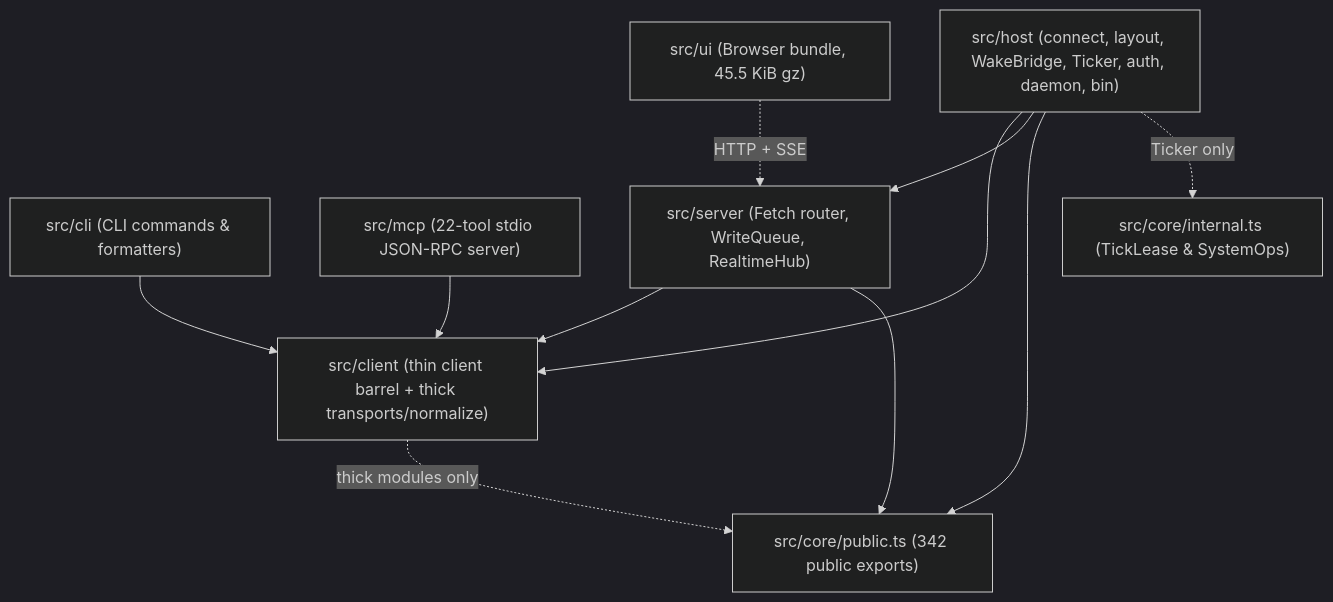
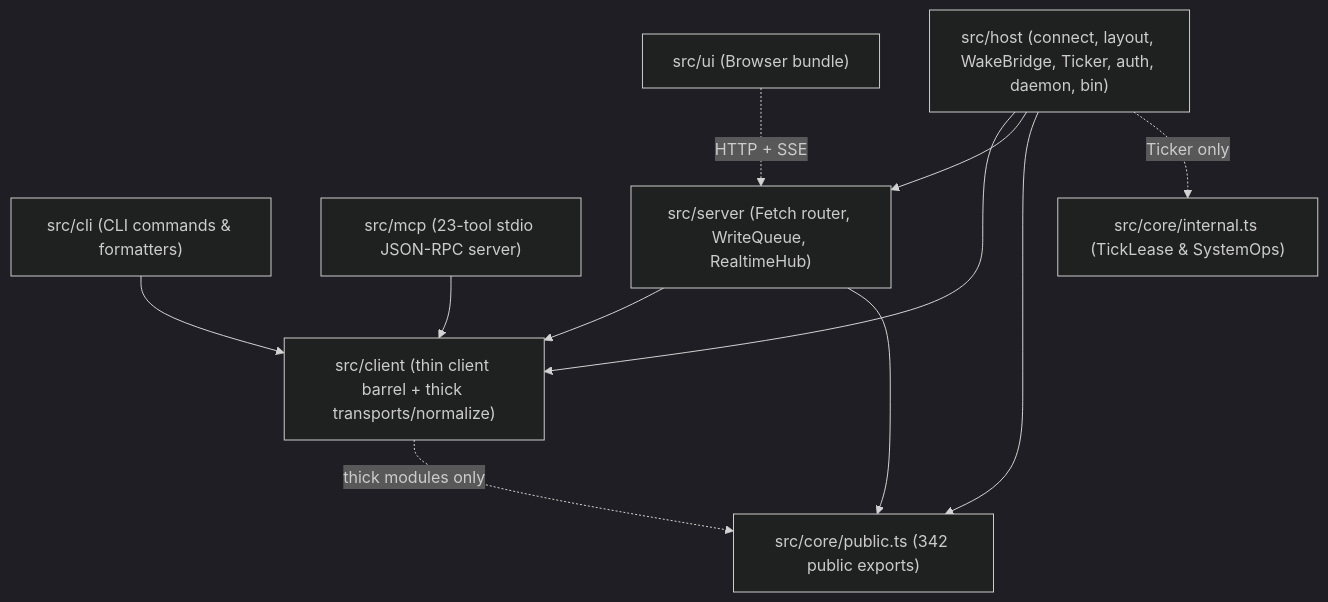
Before and after one commit to andrewr303/swarmboard: the diagram in docs/architecture.md, drawn with Mermaid (dark theme). The commit also changed other lines of this file and 51 other files, not shown here.

````diff
--- a/docs/architecture.md
+++ b/docs/architecture.md
@@ -9,22 +9,22 @@
 ```mermaid
 flowchart TD
-  UI["src/ui (Browser bundle, 45.5 KiB gz)"]
+  UI["src/ui (Browser bundle)"]
   CLI["src/cli (CLI commands & formatters)"]
-  MCP["src/mcp (22-tool stdio JSON-RPC server)"]
+  MCP["src/mcp (23-tool stdio JSON-RPC server)"]
   SRV["src/server (Fetch router, WriteQueue, RealtimeHub)"]
   HOST["src/host (connect, layout, WakeBridge, Ticker, auth, daemon, bin)"]
   CLIENT["src/client (thin client barrel + thick transports/normalize)"]
   CORE_PUB["src/core/public.ts (342 public exports)"]
   CORE_INT["src/core/internal.ts (TickLease & SystemOps)"]
 
   UI -.->|HTTP + SSE| SRV
   CLI --> CLIENT
   MCP --> CLIENT
   SRV --> CLIENT
   SRV --> CORE_PUB
   HOST --> CLIENT
   HOST --> SRV
   HOST --> CORE_PUB
   HOST -.->|Ticker only| CORE_INT
   CLIENT -.->|thick modules only| CORE_PUB
 ```
````
